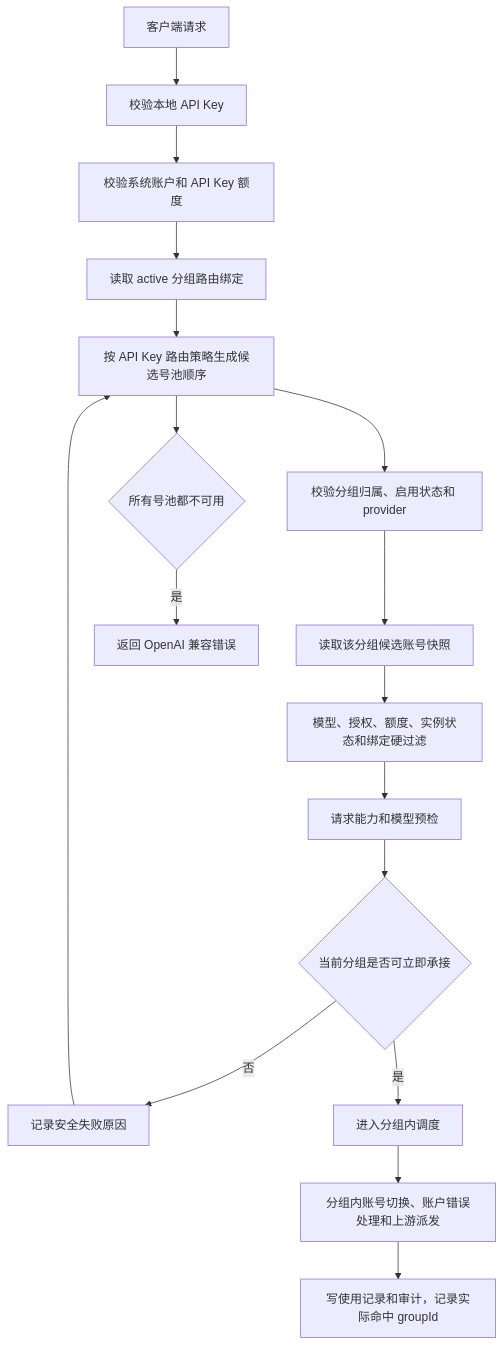
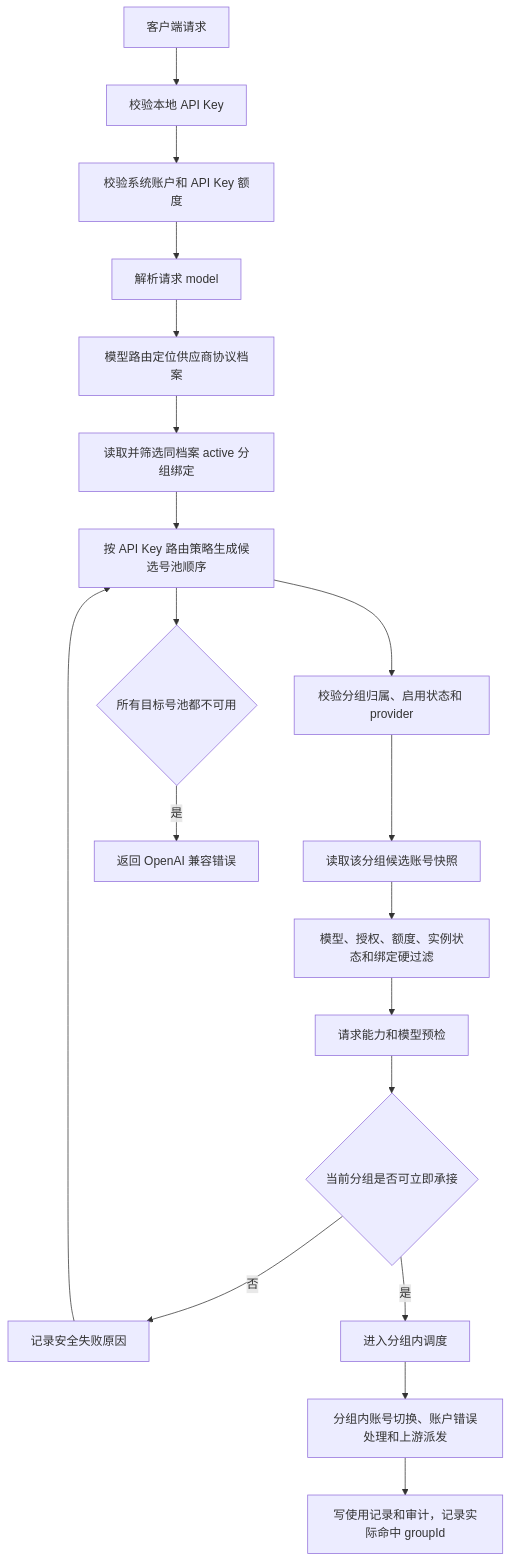
The diagram in docs/functions/APIKey多分组路由设计.md (huanmin123/juhe-ai), drawn with Mermaid before and after one commit. The commit also changed other lines of this file and 18 other files, not shown here.

````diff
--- a/docs/functions/APIKey多分组路由设计.md
+++ b/docs/functions/APIKey多分组路由设计.md
@@ -199,19 +200,21 @@
 ```mermaid
 flowchart TD
   A["客户端请求"] --> B["校验本地 API Key"]
   B --> C["校验系统账户和 API Key 额度"]
-  C --> D["读取 active 分组路由绑定"]
-  D --> E["按 API Key 路由策略生成候选号池顺序"]
-  E --> F["校验分组归属、启用状态和 provider"]
-  F --> G["读取该分组候选账号快照"]
-  G --> H["模型、授权、额度、实例状态和绑定硬过滤"]
-  H --> I["请求能力和模型预检"]
-  I --> J{"当前分组是否可立即承接"}
-  J -- "否" --> K["记录安全失败原因"]
-  K --> E
-  J -- "是" --> L["进入分组内调度"]
-  L --> M["分组内账号切换、账户错误处理和上游派发"]
-  M --> N["写使用记录和审计，记录实际命中 groupId"]
-  E --> O{"所有号池都不可用"}
-  O -- "是" --> P["返回 OpenAI 兼容错误"]
+  C --> D["解析请求 model"]
+  D --> E["模型路由定位供应商协议档案"]
+  E --> F["读取并筛选同档案 active 分组绑定"]
+  F --> G["按 API Key 路由策略生成候选号池顺序"]
+  G --> H["校验分组归属、启用状态和 provider"]
+  H --> I["读取该分组候选账号快照"]
+  I --> J["模型、授权、额度、实例状态和绑定硬过滤"]
+  J --> K["请求能力和模型预检"]
+  K --> L{"当前分组是否可立即承接"}
+  L -- "否" --> M["记录安全失败原因"]
+  M --> G
+  L -- "是" --> N["进入分组内调度"]
+  N --> O["分组内账号切换、账户错误处理和上游派发"]
+  O --> P["写使用记录和审计，记录实际命中 groupId"]
+  G --> Q{"所有目标号池都不可用"}
+  Q -- "是" --> R["返回 OpenAI 兼容错误"]
 ```
````
